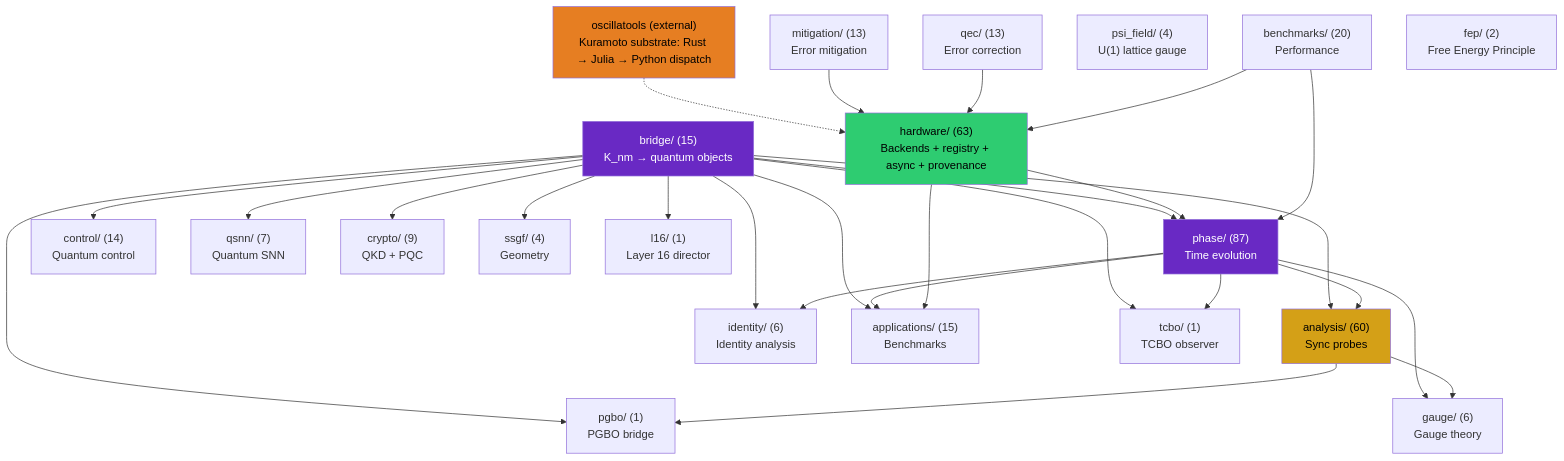
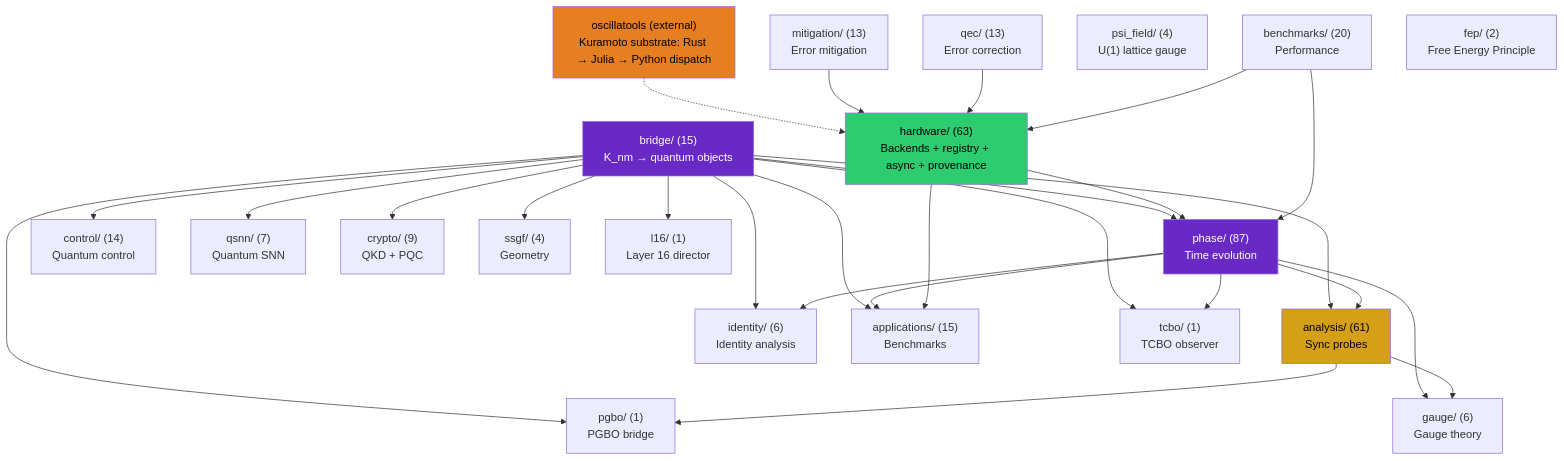
One commit to anulum/scpn-quantum-control changed the first of 4 diagrams in docs/architecture.md. Above: the diagram before and after it, drawn with Mermaid. The commit also changed 21 other files, not shown here.

````diff
--- a/docs/architecture.md
+++ b/docs/architecture.md
@@ -88,55 +88,55 @@
 ```mermaid
 graph TD
     bridge["bridge/ (15)\nK_nm → quantum objects"]
     phase["phase/ (87)\nTime evolution"]
-    analysis["analysis/ (60)\nSync probes"]
+    analysis["analysis/ (61)\nSync probes"]
     control["control/ (14)\nQuantum control"]
     qsnn["qsnn/ (7)\nQuantum SNN"]
     identity["identity/ (6)\nIdentity analysis"]
     hardware["hardware/ (63)\nBackends + registry + async + provenance"]
     mitigation["mitigation/ (13)\nError mitigation"]
     qec["qec/ (13)\nError correction"]
     gauge["gauge/ (6)\nGauge theory"]
     apps["applications/ (15)\nBenchmarks"]
     crypto["crypto/ (9)\nQKD + PQC"]
     benchmarks["benchmarks/ (20)\nPerformance"]
     ssgf["ssgf/ (4)\nGeometry"]
     psi_field["psi_field/ (4)\nU(1) lattice gauge"]
     oscillatools["oscillatools (external)\nKuramoto substrate: Rust → Julia → Python dispatch"]
     fep["fep/ (2)\nFree Energy Principle"]
     tcbo["tcbo/ (1)\nTCBO observer"]
     pgbo["pgbo/ (1)\nPGBO bridge"]
     l16["l16/ (1)\nLayer 16 director"]
 
     bridge --> phase
     bridge --> analysis
     bridge --> control
     bridge --> qsnn
     bridge --> identity
     bridge --> apps
     bridge --> crypto
     bridge --> ssgf
     phase --> analysis
     phase --> identity
     phase --> apps
     phase --> gauge
     analysis --> gauge
     hardware --> phase
     hardware --> apps
     oscillatools -.-> hardware
     mitigation --> hardware
     qec --> hardware
     benchmarks --> phase
     benchmarks --> hardware
     bridge --> tcbo
     bridge --> pgbo
     bridge --> l16
     phase --> tcbo
     analysis --> pgbo
 
     style bridge fill:#6929C4,color:#fff
     style analysis fill:#d4a017,color:#000
     style phase fill:#6929C4,color:#fff
     style hardware fill:#2ecc71,color:#000
     style oscillatools fill:#e67e22,color:#000
 ```
````
